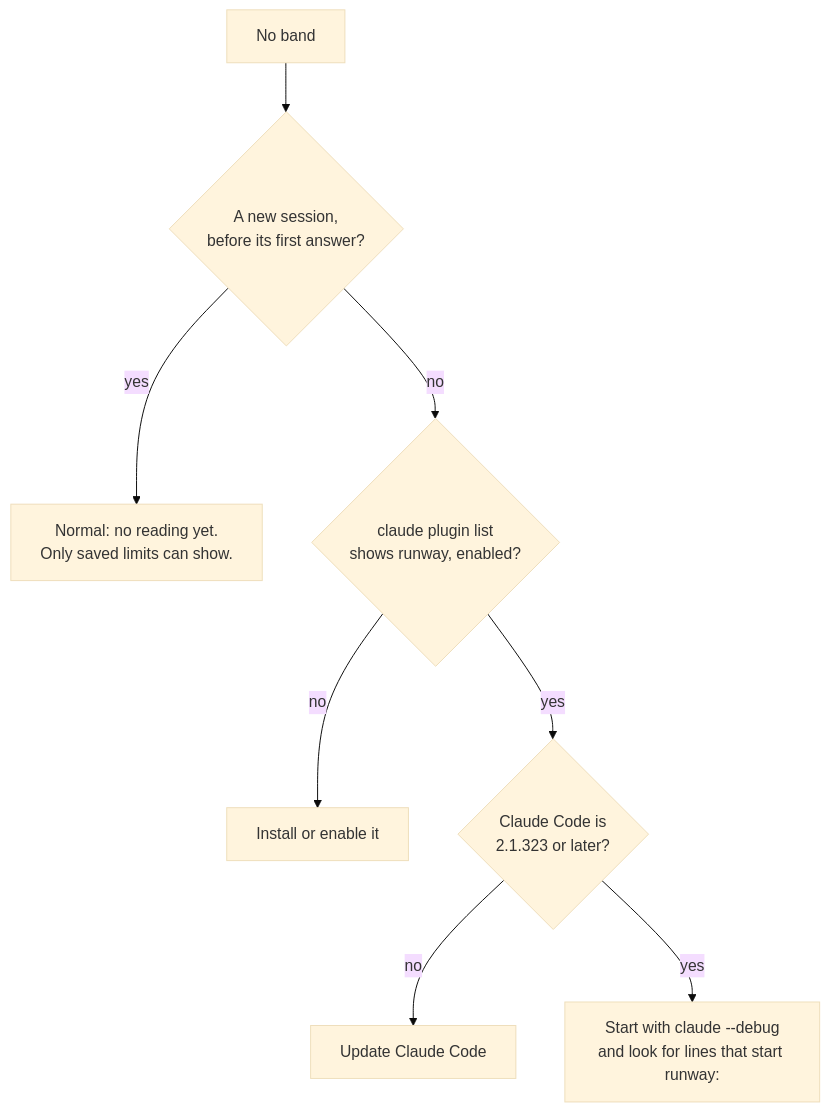
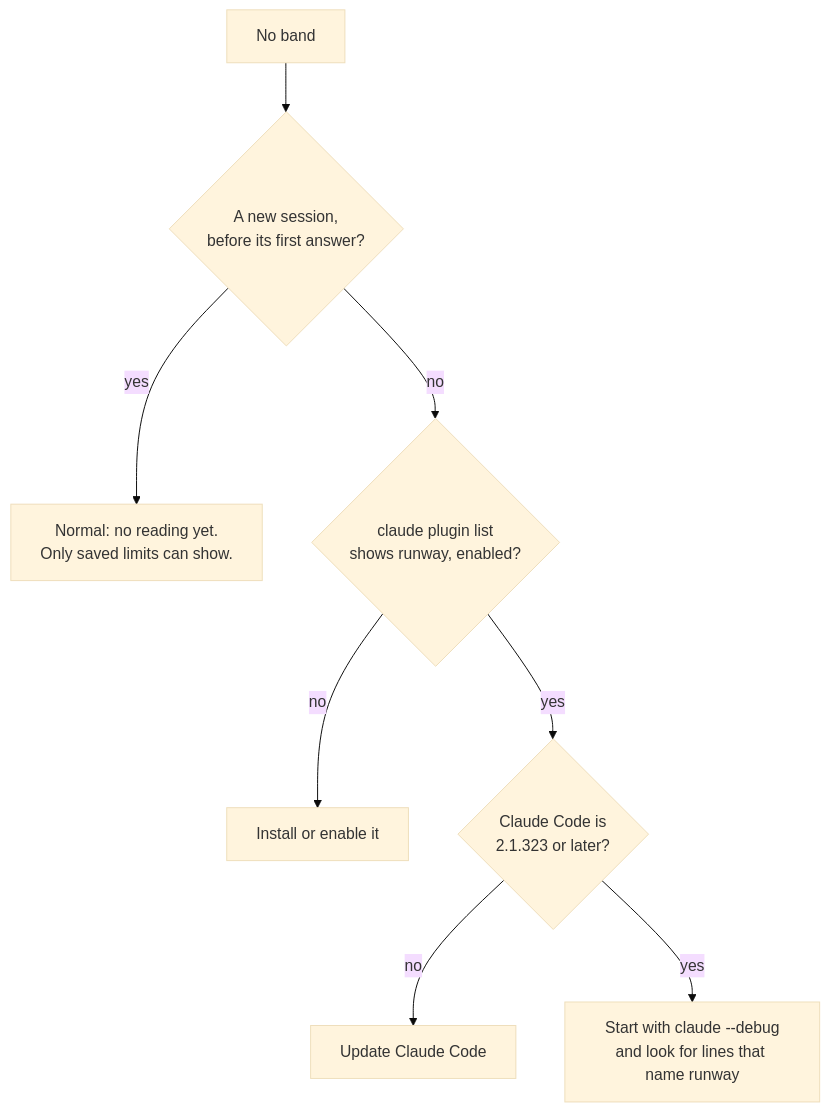
Before and after one commit to tmathura/claude-runway: the diagram in docs/operations.md, drawn with Mermaid (base theme). The commit also changed 5 other files, not shown here.

````diff
--- a/docs/operations.md
+++ b/docs/operations.md
@@ -20,10 +20,10 @@
 ```mermaid
 flowchart TD
   A["No band"] --> B{"A new session,<br>before its first answer?"}
   B -->|yes| C["Normal: no reading yet.<br>Only saved limits can show."]
   B -->|no| D{"claude plugin list<br>shows runway, enabled?"}
   D -->|no| E["Install or enable it"]
   D -->|yes| F{"Claude Code is<br>2.1.323 or later?"}
   F -->|no| G["Update Claude Code"]
-  F -->|yes| H["Start with claude --debug<br>and look for lines that start runway:"]
+  F -->|yes| H["Start with claude --debug<br>and look for lines that name runway"]
 ```
````
